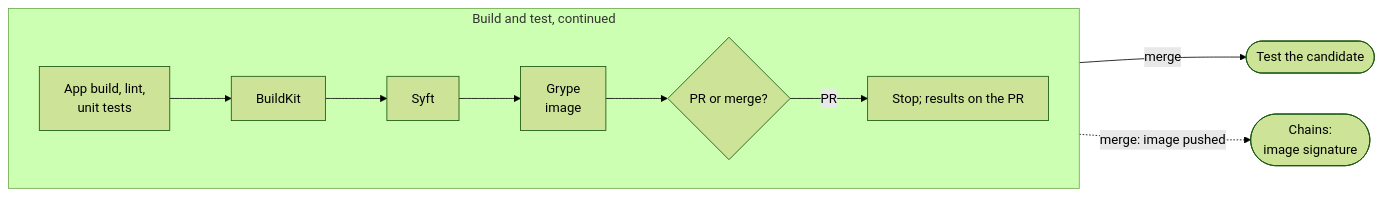
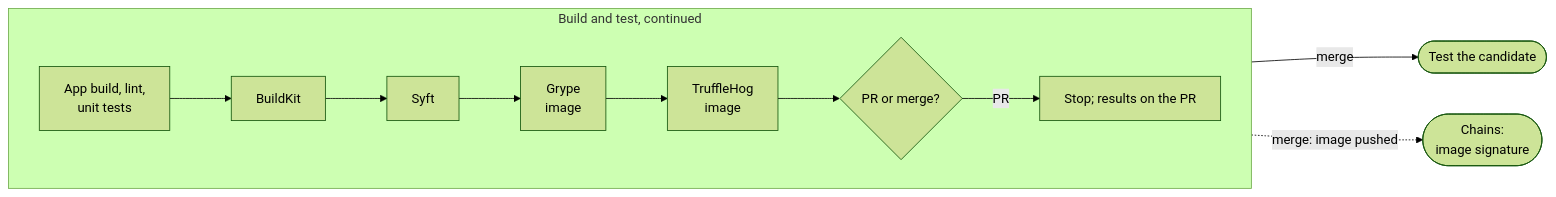
One commit to cdfoundation/Platform-Engineering changed the fourth of 7 diagrams in content/en/docs/reference-architectures/open-source-ssdf-cicd.md. Above: the diagram before and after it, drawn with Mermaid (forest theme). The commit also changed other lines of this file, not shown here.

Commit message:
docs: add image secret scan and update SIG links in the SSDF reference architecture

````diff
--- a/content/en/docs/reference-architectures/open-source-ssdf-cicd.md
+++ b/content/en/docs/reference-architectures/open-source-ssdf-cicd.md
@@ -167,10 +167,10 @@
 ```mermaid
 flowchart LR
     subgraph BT["Build and test, continued"]
         direction LR
-        A["App build, lint,<br/>unit tests"] --> B["BuildKit"] --> S["Syft"] --> G["Grype<br/>image"] --> Q{"PR or merge?"}
+        A["App build, lint,<br/>unit tests"] --> B["BuildKit"] --> S["Syft"] --> G["Grype<br/>image"] --> T["TruffleHog<br/>image"] --> Q{"PR or merge?"}
         Q -->|PR| X["Stop; results on the PR"]
     end
     Q -->|merge| N(["Test the candidate"])
     B -.->|merge: image pushed| C(["Chains:<br/>image signature"])
 ```
````
